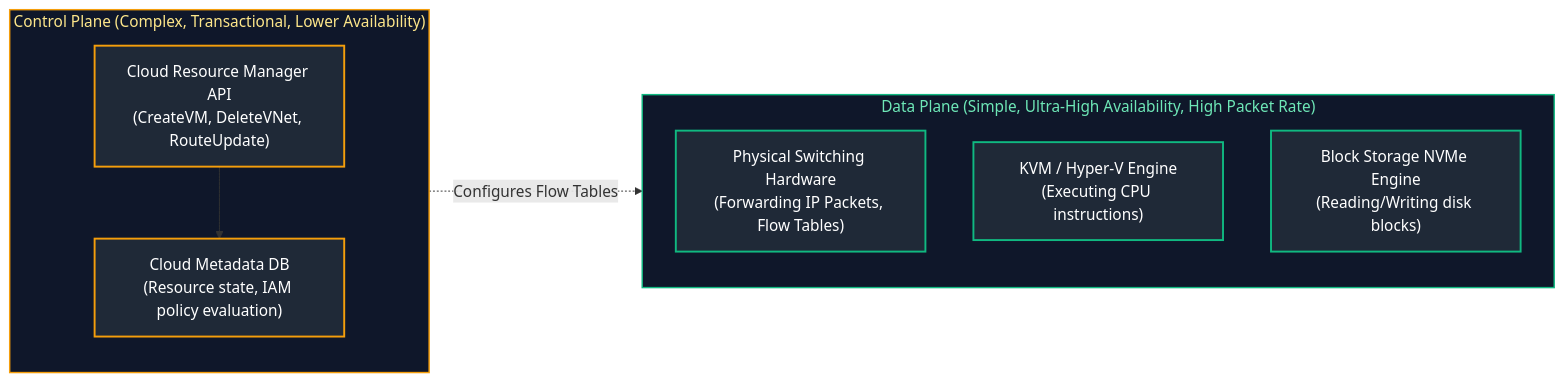
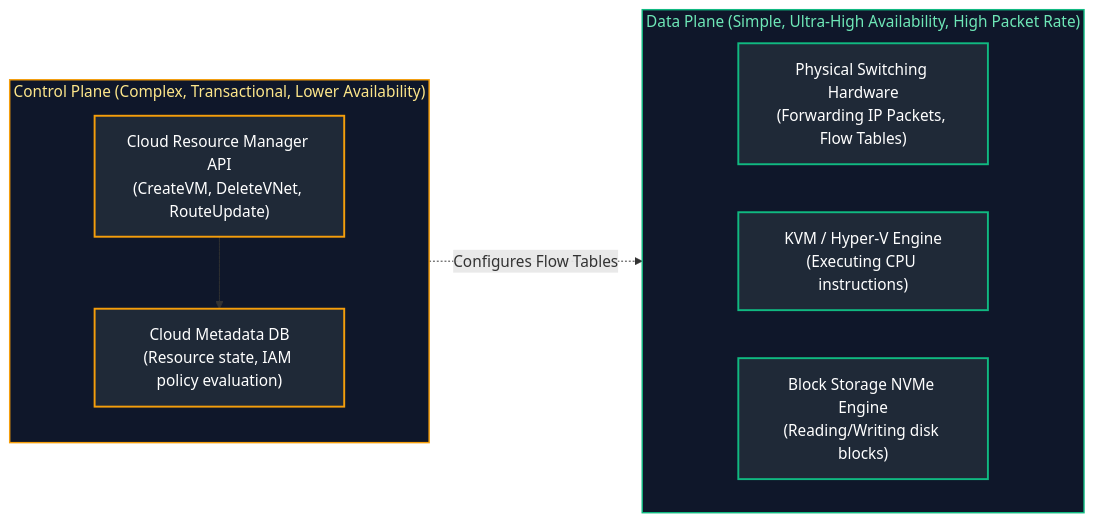
The third of 6 diagrams in Cloud Engineering/03_cloud_fundamentals_and_architecture.md (joydeep-biswas/Interview-Preparation), drawn with Mermaid before and after one commit. The commit also changed other lines of this file and 76 other files, not shown here.

Commit message:
Updated Charts

````diff
--- a/Cloud Engineering/03_cloud_fundamentals_and_architecture.md
+++ b/Cloud Engineering/03_cloud_fundamentals_and_architecture.md
@@ -207,24 +188,25 @@
 ```mermaid
 flowchart LR
     subgraph ControlPlane ["Control Plane (Complex, Transactional, Lower Availability)"]
         API["Cloud Resource Manager API<br/>(CreateVM, DeleteVNet, RouteUpdate)"]
         DB["Cloud Metadata DB<br/>(Resource state, IAM policy evaluation)"]
         API --> DB
     end
 
     subgraph DataPlane ["Data Plane (Simple, Ultra-High Availability, High Packet Rate)"]
+        direction LR
         Router["Physical Switching Hardware<br/>(Forwarding IP Packets, Flow Tables)"]
         Hypervisor["KVM / Hyper-V Engine<br/>(Executing CPU instructions)"]
         StorageEngine["Block Storage NVMe Engine<br/>(Reading/Writing disk blocks)"]
     end
 
     ControlPlane -.->|"Configures Flow Tables"| DataPlane
 
     style ControlPlane fill:#0f172a,stroke:#f59e0b,stroke-width:1.5px,color:#fde68a
     style DataPlane fill:#0f172a,stroke:#10b981,stroke-width:1.5px,color:#6ee7b7
     style API fill:#1f2937,stroke:#f59e0b,stroke-width:2px,color:#fff
     style DB fill:#1f2937,stroke:#f59e0b,stroke-width:2px,color:#fff
     style Router fill:#1f2937,stroke:#10b981,stroke-width:2px,color:#fff
     style Hypervisor fill:#1f2937,stroke:#10b981,stroke-width:2px,color:#fff
     style StorageEngine fill:#1f2937,stroke:#10b981,stroke-width:2px,color:#fff
 ```
````
